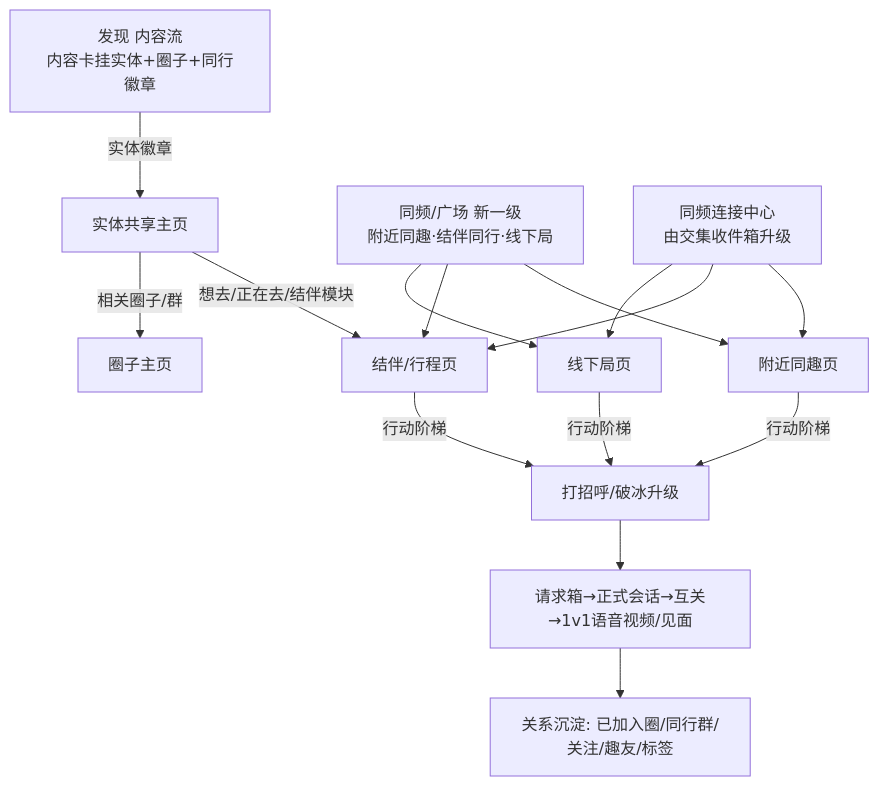
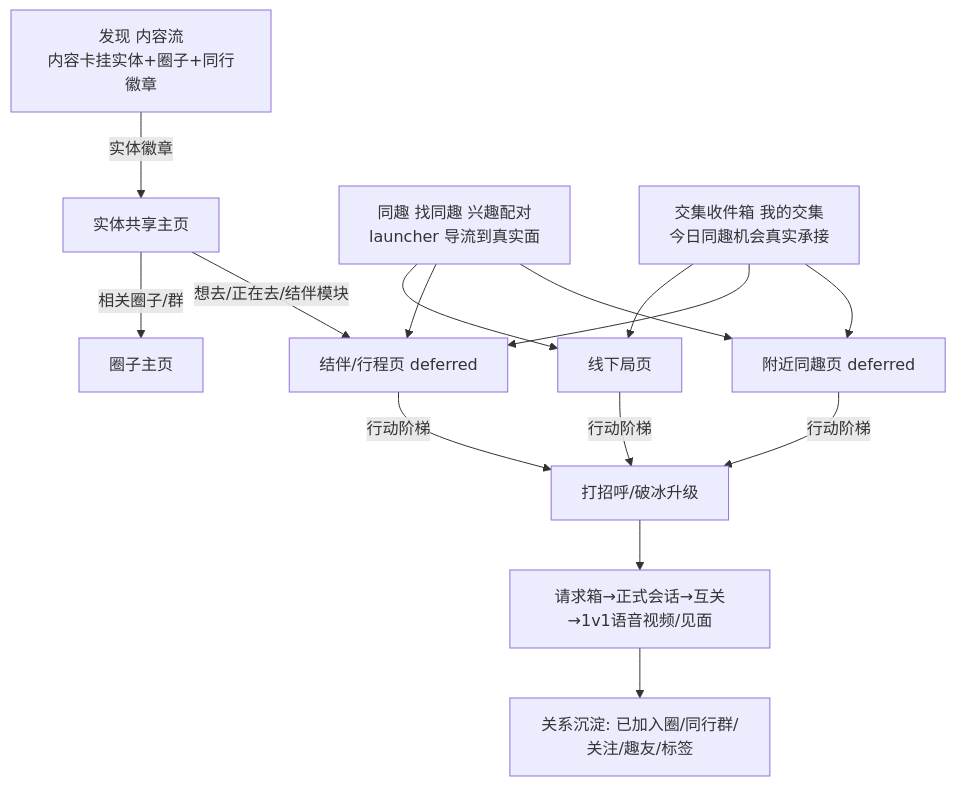
Before and after one commit to openstudio2022/quwoquan: the second of 2 diagrams in specs/product/intersection-action-deepening-and-social-ia.md, drawn with Mermaid. The commit also changed other lines of this file and 547 other files, not shown here.

First line of the commit message:
test(data): 实体百科底稿图候选 wikitext 真实图位唯一真相源契约

````diff
--- a/specs/product/intersection-action-deepening-and-social-ia.md
+++ b/specs/product/intersection-action-deepening-and-social-ia.md
@@ -199,13 +212,13 @@
 ```mermaid
 graph TD
   Discover[发现 内容流<br/>内容卡挂实体+圈子+同行徽章] -->|实体徽章| Entity[实体共享主页]
-  Square[同频/广场 新一级<br/>附近同趣·结伴同行·线下局] --> Nearby[附近同趣页]
-  Square --> Companion[结伴/行程页]
+  Square[同趣 找同趣 兴趣配对<br/>launcher 导流到真实面] --> Nearby[附近同趣页 deferred]
+  Square --> Companion[结伴/行程页 deferred]
   Square --> Meetup[线下局页]
   Entity -->|想去/正在去/结伴模块| Companion
   Entity -->|相关圈子/群| Circle[圈子主页]
-  Inbox[同频连接中心<br/>由交集收件箱升级] --> Nearby & Companion & Meetup
+  Inbox[交集收件箱 我的交集<br/>今日同趣机会真实承接] --> Nearby & Companion & Meetup
   Nearby & Companion & Meetup -->|行动阶梯| Greet[打招呼/破冰升级]
   Greet --> Chat[请求箱→正式会话→互关→1v1语音视频/见面]
   Chat --> Relation[关系沉淀: 已加入圈/同行群/关注/趣友/标签]
 ```
````
